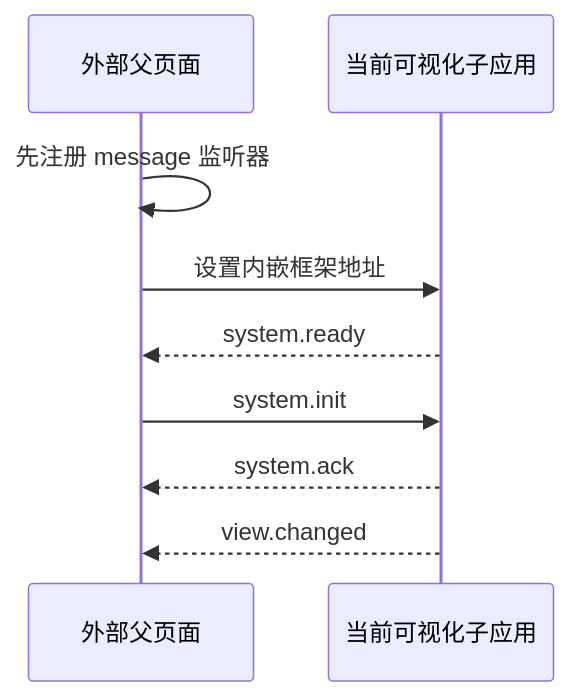
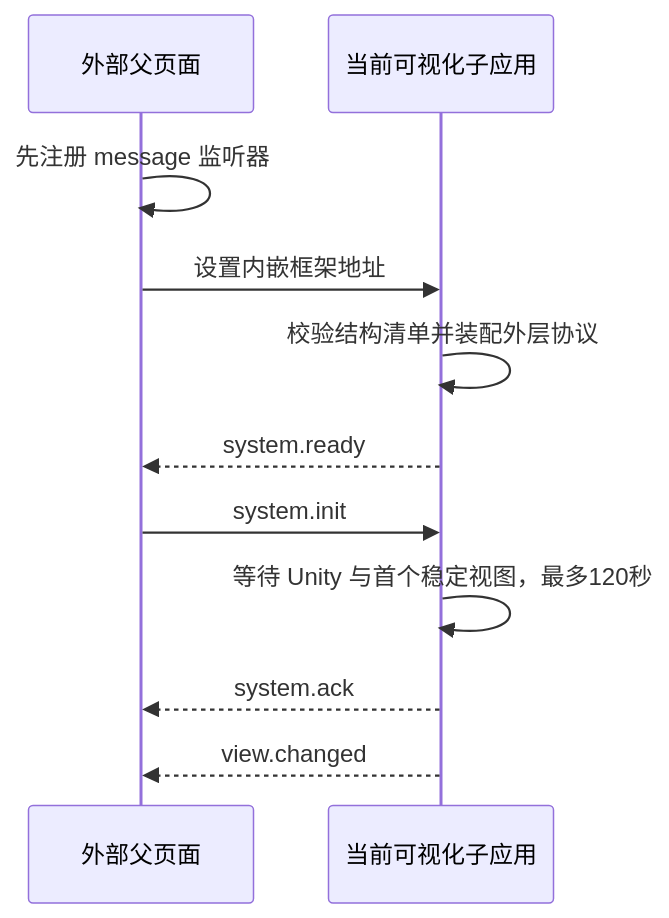
One commit to leyuexiang/WebDLPro changed the diagram in Docs/前端原子任务/外层内嵌框架双向通信协议.md. Above: the diagram before and after it, drawn with Mermaid. The commit also changed other lines of this file and 5273 other files, not shown here.

````diff
--- a/Docs/前端原子任务/外层内嵌框架双向通信协议.md
+++ b/Docs/前端原子任务/外层内嵌框架双向通信协议.md
@@ -87,12 +91,14 @@
 ```mermaid
 sequenceDiagram
   participant P as 外部父页面
   participant S as 当前可视化子应用
 
   P->>P: 先注册 message 监听器
   P->>S: 设置内嵌框架地址
+  S->>S: 校验结构清单并装配外层协议
   S-->>P: system.ready
   P->>S: system.init
+  S->>S: 等待 Unity 与首个稳定视图，最多120秒
   S-->>P: system.ack
   S-->>P: view.changed
 ```
````
